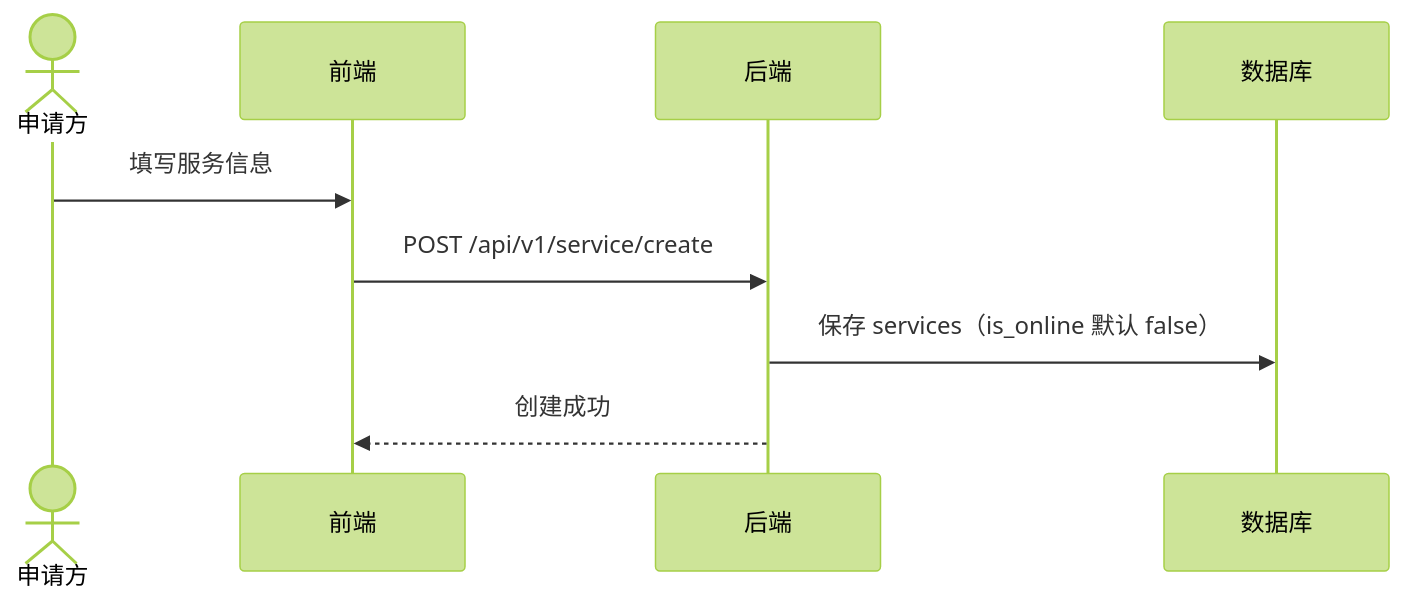
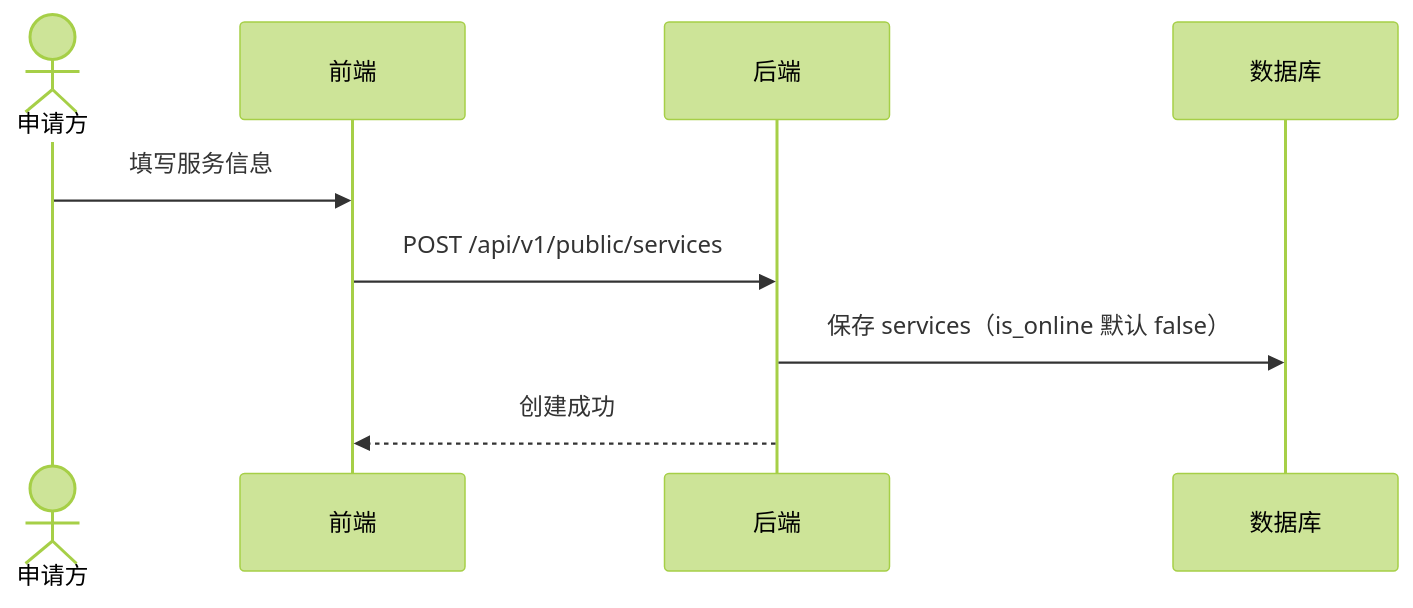
Before and after one commit to yeying-community/node: the third of 10 diagrams in docs/zh/workflows.md, drawn with Mermaid (forest theme). The commit also changed other lines of this file and 326 other files, not shown here.

````diff
--- a/docs/zh/workflows.md
+++ b/docs/zh/workflows.md
@@ -38,12 +38,12 @@
 ```mermaid
 sequenceDiagram
   actor U as 申请方
   participant FE as 前端
   participant BE as 后端
   participant DB as 数据库
 
   U ->> FE: 填写服务信息
-  FE ->> BE: POST /api/v1/service/create
+  FE ->> BE: POST /api/v1/public/services
   BE ->> DB: 保存 services（is_online 默认 false）
   BE -->> FE: 创建成功
 ```
````
